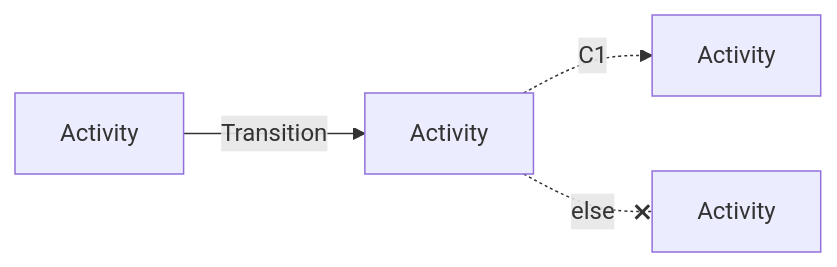
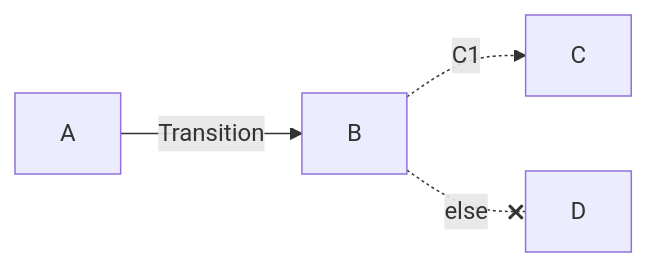
The first of 4 diagrams in README.md (OlofMorraNavara/TemporalQuestions), drawn with Mermaid before and after one commit. The commit also changed other lines of this file, not shown here.

````diff
--- a/README.md
+++ b/README.md
@@ -5,7 +5,7 @@
 ```mermaid
 flowchart LR
-    A[Activity] --Transition--> B[Activity]
-    C[Activity]
-    B -.C1.-> C[Activity]
-    B -.else.-x D[Activity]
+    A[A] --Transition--> B[B]
+    C[C]
+    B -.C1.-> C[C]
+    B -.else.-x D[D]
 ```
````
